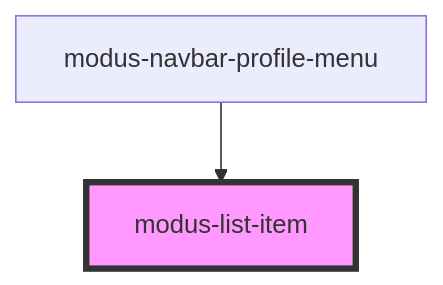
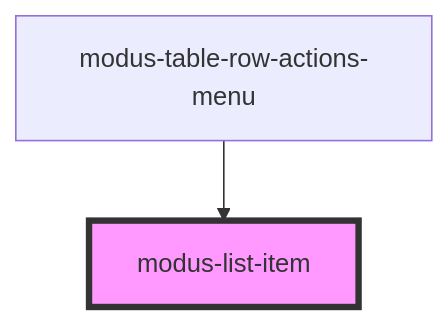
The diagram in stencil-workspace/src/components/modus-list-item/readme.md (trimble-oss/modus-web-components), drawn with Mermaid before and after one commit. The commit also changed other lines of this file and 49 other files, not shown here.

First line of the commit message:
Modus Table - Add row actions (#1857)

````diff
--- a/stencil-workspace/src/components/modus-list-item/readme.md
+++ b/stencil-workspace/src/components/modus-list-item/readme.md
@@ -33,5 +45,5 @@
 ```mermaid
 graph TD;
-  modus-navbar-profile-menu --> modus-list-item
+  modus-table-row-actions-menu --> modus-list-item
   style modus-list-item fill:#f9f,stroke:#333,stroke-width:4px
 ```
````
